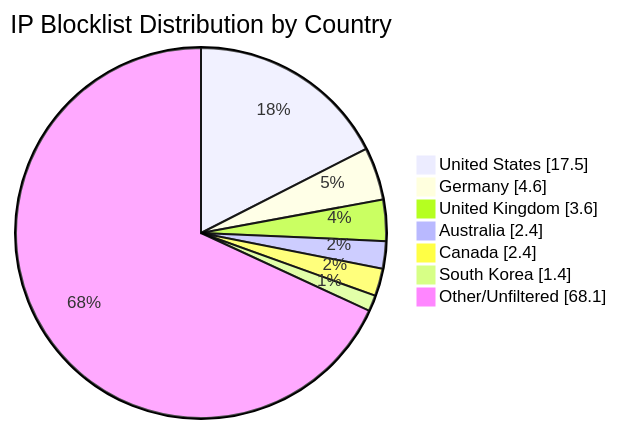
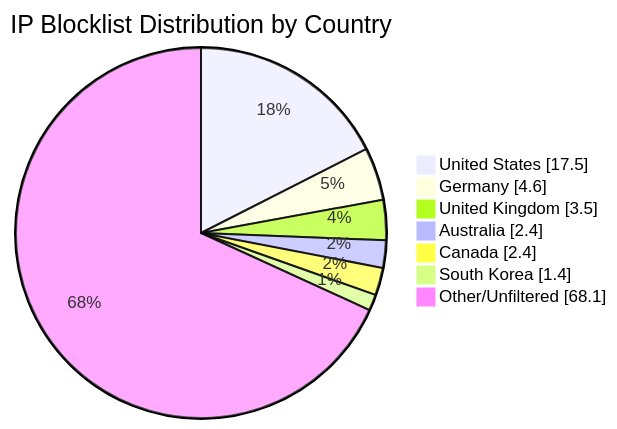
Before and after one commit to MarcusHoltz/ipblocklist-geofiltered-aggregator: the diagram in README.md, drawn with Mermaid. The commit also changed other lines of this file and 9 other files, not shown here.

````diff
--- a/README.md
+++ b/README.md
@@ -34,10 +34,10 @@
 ```mermaid
 pie showData title IP Blocklist Distribution by Country
 "United States" : 17.5
 "Germany" : 4.6
-"United Kingdom" : 3.6
+"United Kingdom" : 3.5
 "Australia" : 2.4
 "Canada" : 2.4
 "South Korea" : 1.4
 "Other/Unfiltered" : 68.1
 ```
````
